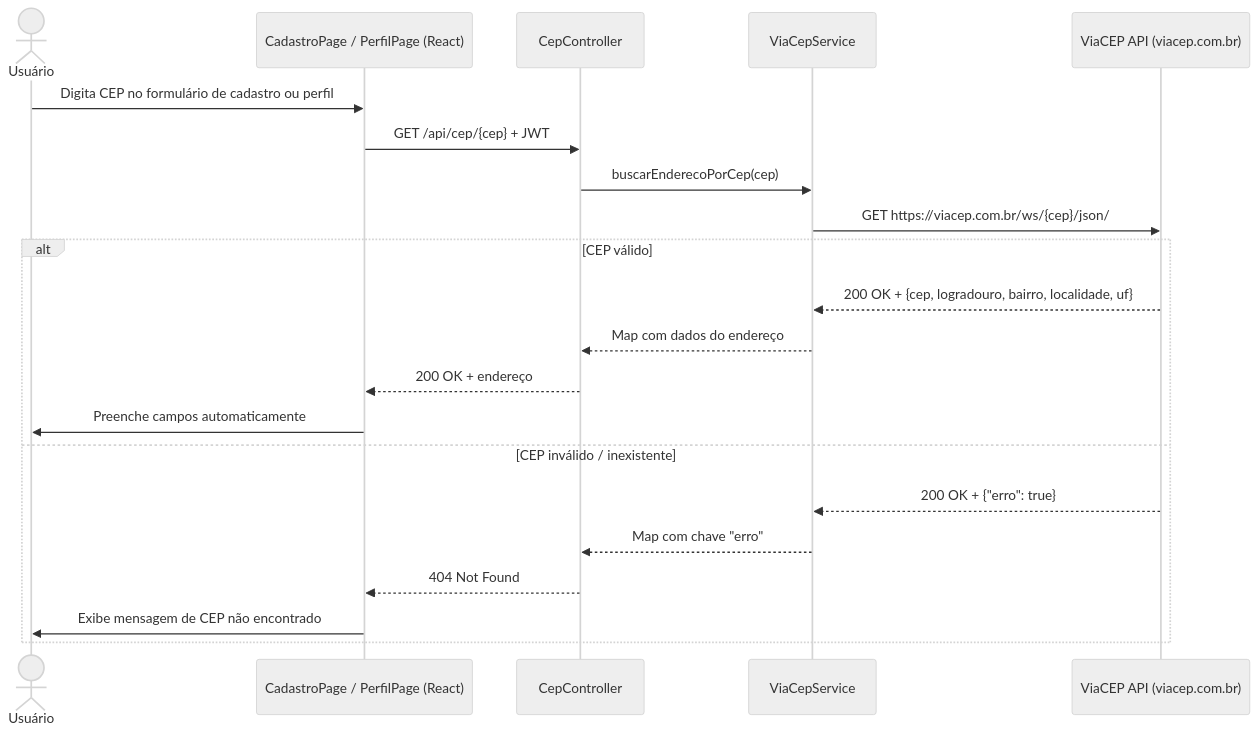
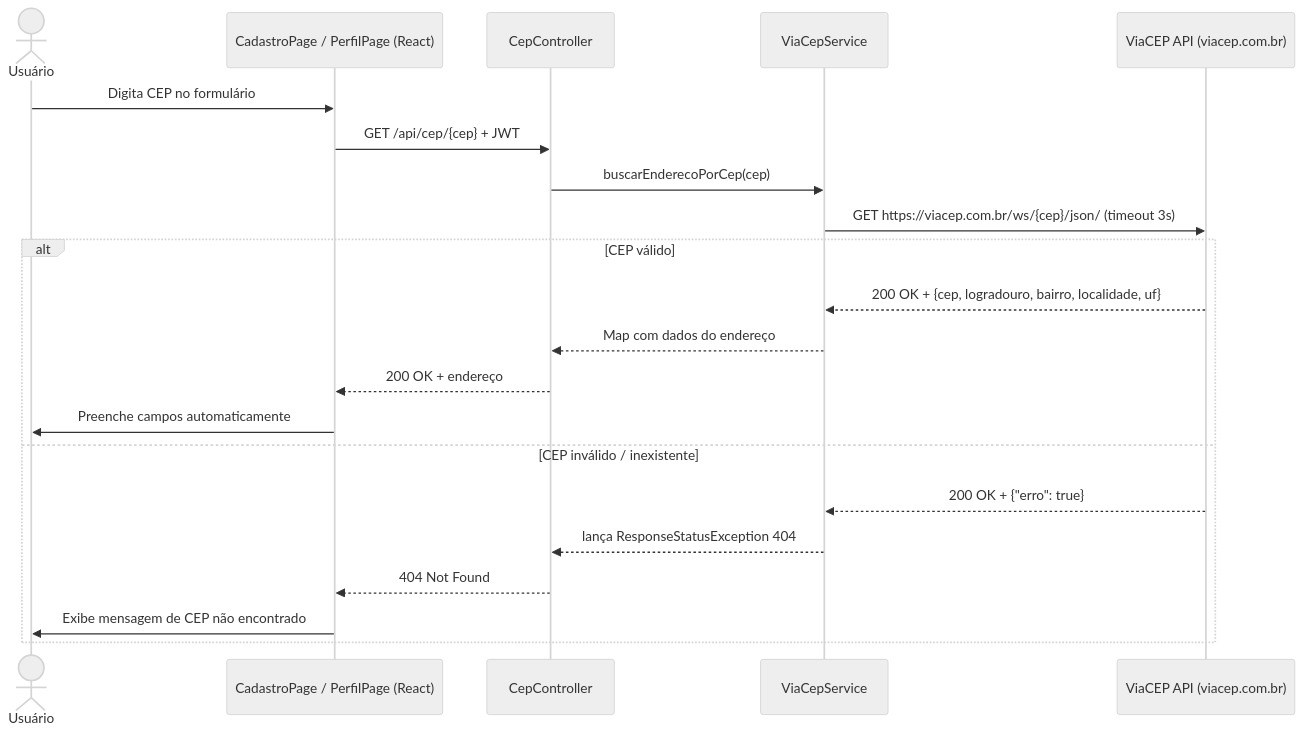
The ninth of 20 diagrams in RTM.md (limmuz/biblioteca), drawn with Mermaid (neutral theme) before and after one commit. The commit also changed other lines of this file and 47 other files, not shown here.

````diff
--- a/RTM.md
+++ b/RTM.md
@@ -346,24 +341,24 @@
 ```mermaid
 sequenceDiagram
     actor U as Usuário
     participant F as CadastroPage / PerfilPage (React)
     participant C as CepController
     participant S as ViaCepService
     participant V as ViaCEP API (viacep.com.br)
 
-    U->>F: Digita CEP no formulário de cadastro ou perfil
+    U->>F: Digita CEP no formulário
     F->>C: GET /api/cep/{cep} + JWT
     C->>S: buscarEnderecoPorCep(cep)
-    S->>V: GET https://viacep.com.br/ws/{cep}/json/
+    S->>V: GET https://viacep.com.br/ws/{cep}/json/ (timeout 3s)
     alt CEP válido
         V-->>S: 200 OK + {cep, logradouro, bairro, localidade, uf}
         S-->>C: Map com dados do endereço
         C-->>F: 200 OK + endereço
         F->>U: Preenche campos automaticamente
     else CEP inválido / inexistente
         V-->>S: 200 OK + {"erro": true}
-        S-->>C: Map com chave "erro"
+        S-->>C: lança ResponseStatusException 404
         C-->>F: 404 Not Found
         F->>U: Exibe mensagem de CEP não encontrado
     end
 ```
````
